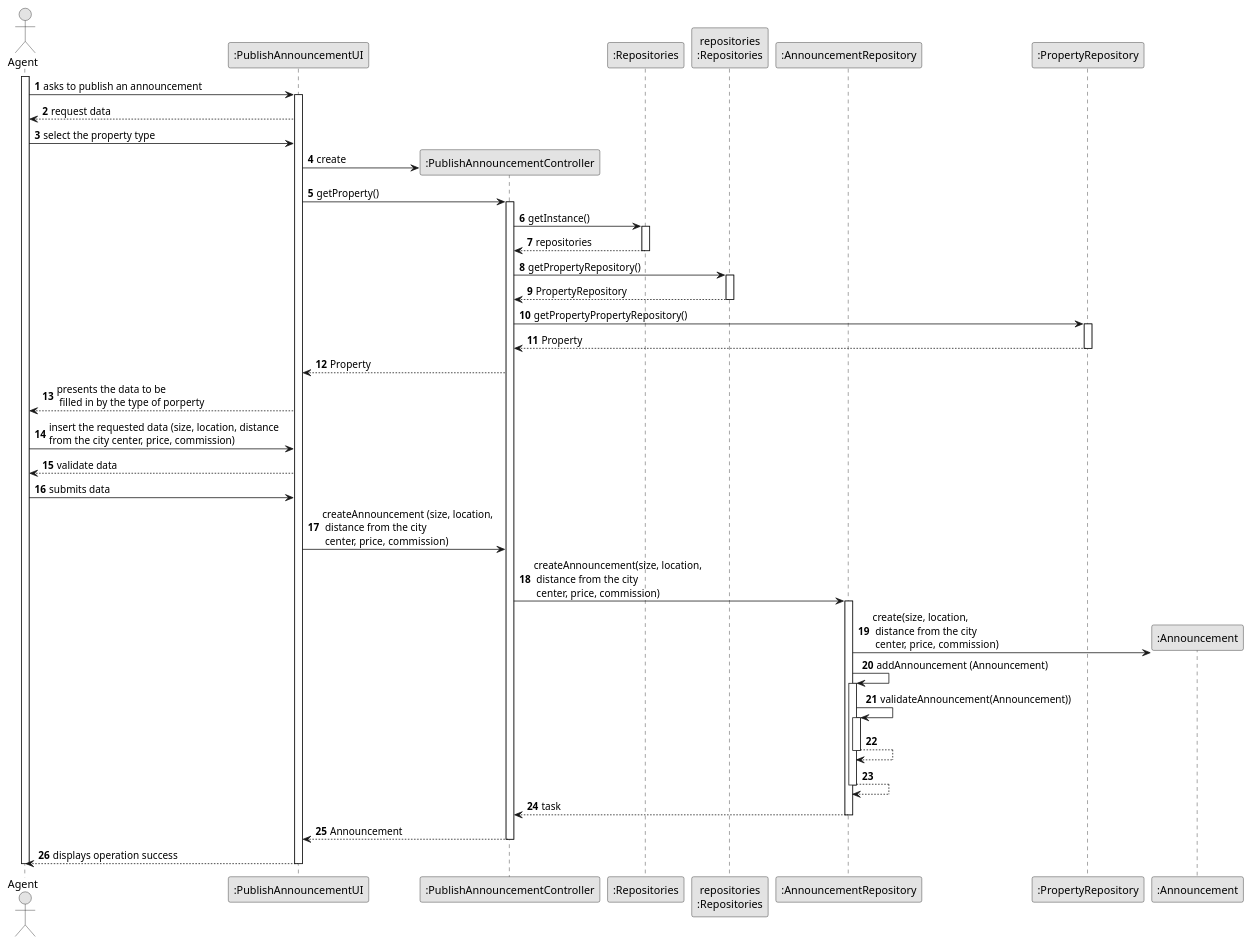
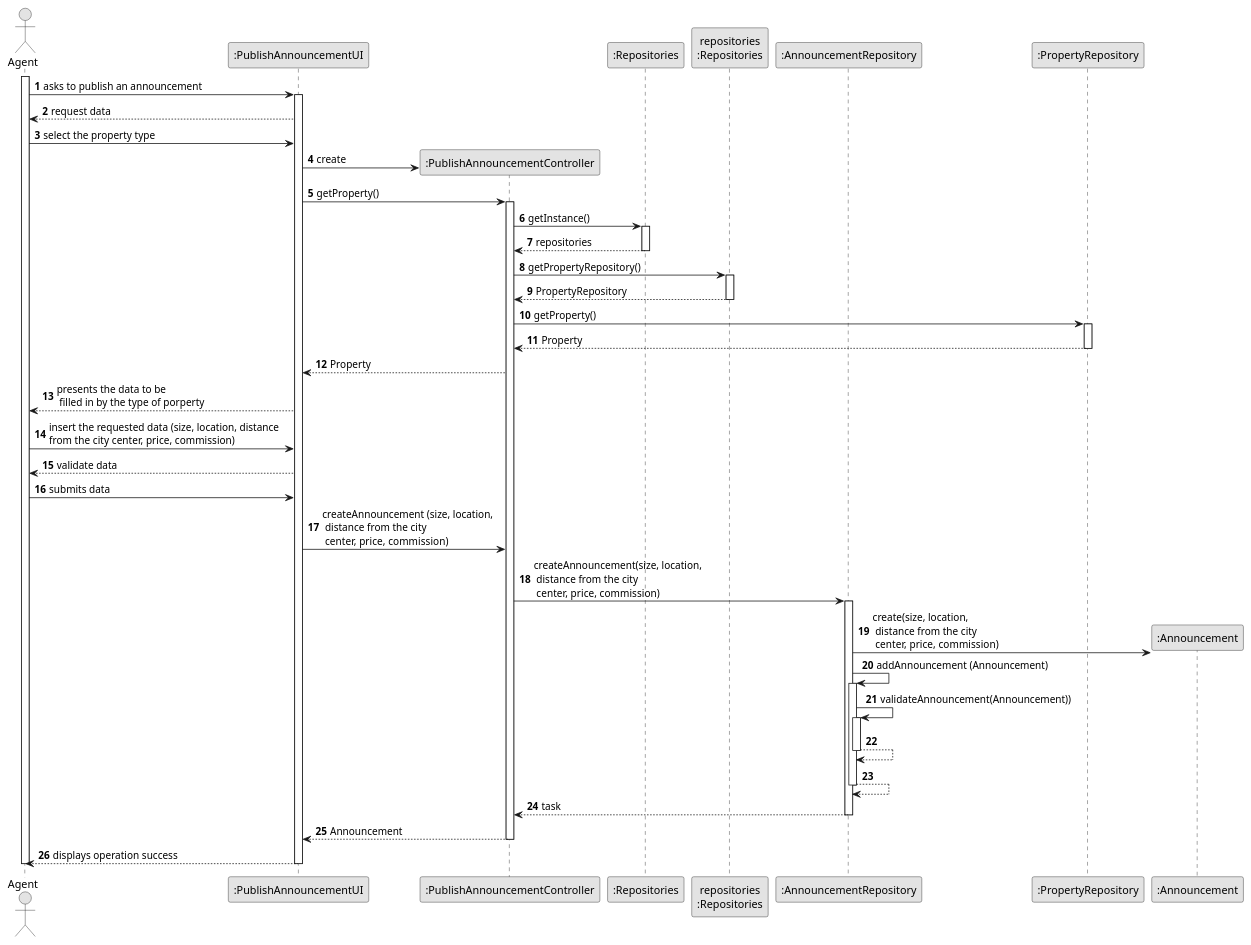
The diagram in docs/sprintB/US002/03.design/puml/US2_SD.puml (tiagohcorreia/LAPR2), drawn with PlantUML before and after one commit. The commit also changed 1 other file, not shown here.

Commit message:
US2_ClassDiagram

```diff
--- a/docs/sprintB/US002/03.design/puml/US2_SD.puml
+++ b/docs/sprintB/US002/03.design/puml/US2_SD.puml
@@ -1,92 +1,92 @@
 @startuml
 skinparam monochrome true
 skinparam packageStyle rectangle
 skinparam shadowing false
 
 autonumber
 
 'hide footbox
 actor "Agent" as AG
 participant ":PublishAnnouncementUI" as UI
 participant ":PublishAnnouncementController" as CTRL
 participant ":Repositories" as RepositorySingleton
 participant "repositories\n:Repositories" as REP
 participant ":AnnouncementRepository" as AnnouncementREP
 participant ":PropertyRepository" as PropertyREP
 participant ":Announcement" as Announcement
 
 activate AG
 
         AG -> UI : asks to publish an announcement
         activate UI
 
         UI --> AG : request data
 
         AG -> UI : select the property type
 
                UI -> CTRL** : create
 
                UI -> CTRL : getProperty()
 
                  activate CTRL
 
                   CTRL -> RepositorySingleton : getInstance()
                   activate RepositorySingleton
 
                   RepositorySingleton --> CTRL: repositories
                   deactivate RepositorySingleton
 
                    CTRL -> REP : getPropertyRepository()
                        activate REP
 
                         REP --> CTRL: PropertyRepository
                           deactivate REP
 
-                           CTRL -> PropertyREP : getPropertyPropertyRepository()
+                           CTRL -> PropertyREP : getProperty()
                              activate PropertyREP
 
                                PropertyREP --> CTRL: Property
                                  deactivate PropertyREP
 
 
                    CTRL --> UI : Property
 
                    UI --> AG : presents the data to be\n filled in by the type of porperty
 
                    AG -> UI : insert the requested data (size, location, distance \nfrom the city center, price, commission)
 
                    UI --> AG : validate data
 
                    AG -> UI : submits data
 
                    UI -> CTRL : createAnnouncement (size, location,\n distance from the city \n center, price, commission)
 
                 CTRL -> AnnouncementREP: createAnnouncement(size, location,\n distance from the city \n center, price, commission)
             activate AnnouncementREP
 
                 AnnouncementREP -> Announcement**: create(size, location,\n distance from the city \n center, price, commission)
                 AnnouncementREP -> AnnouncementREP: addAnnouncement (Announcement)
 
 
                 activate AnnouncementREP
                     AnnouncementREP -> AnnouncementREP: validateAnnouncement(Announcement))
                     activate AnnouncementREP
                         AnnouncementREP --> AnnouncementREP
                     deactivate AnnouncementREP
 
                     AnnouncementREP --> AnnouncementREP
                 deactivate AnnouncementREP
 
                 AnnouncementREP --> CTRL : task
 
                 deactivate AnnouncementREP
 
                             CTRL --> UI: Announcement
                             deactivate CTRL
                             UI --> AG: displays operation success
                     deactivate UI
 
                 deactivate AG
 
 
           @enduml
```
